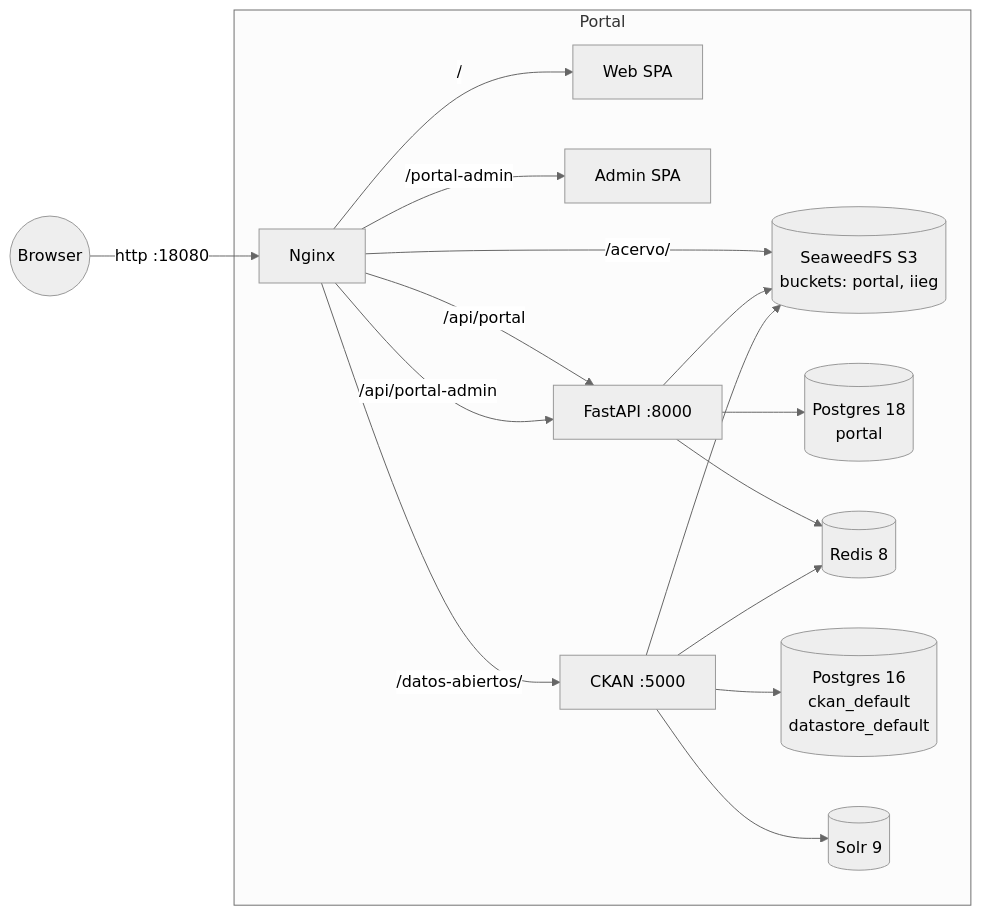
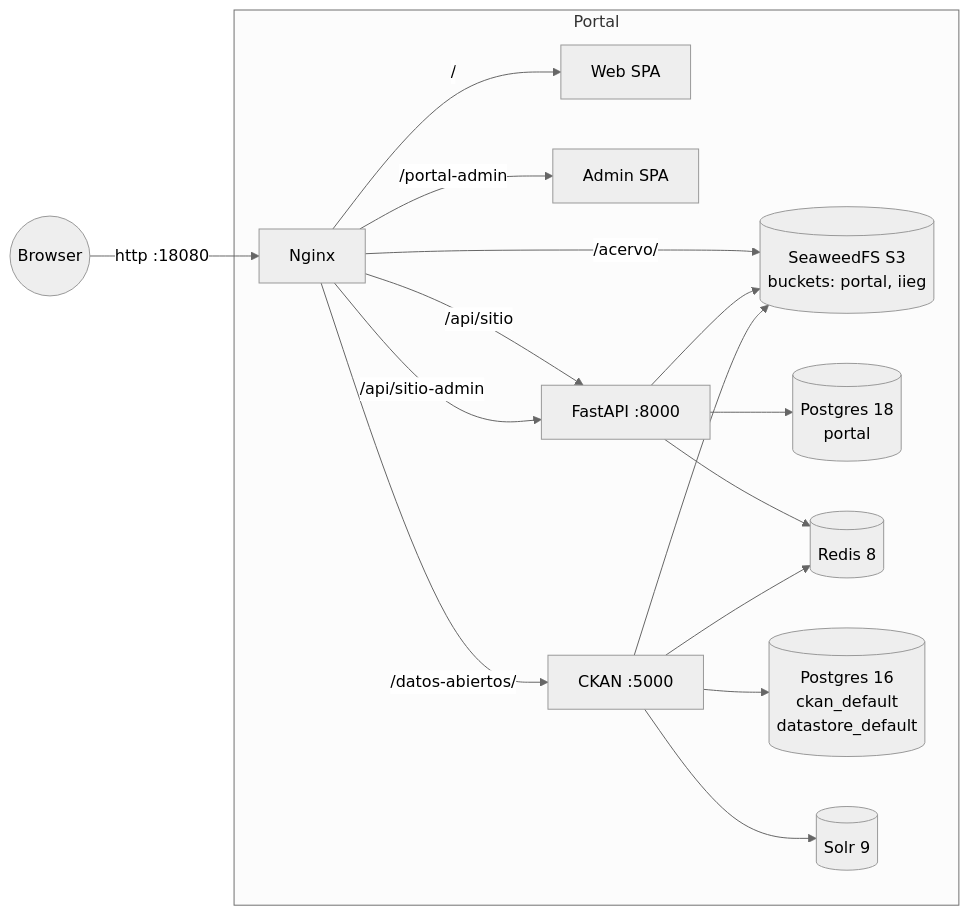
Before and after one commit to iieg-oficial/sitio2026: the diagram in docs/INFRAESTRUCTURA.md, drawn with Mermaid (neutral theme). The commit also changed other lines of this file and 17 other files, not shown here.

First line of the commit message:
fix(api): mueve el portal a /api/sitio y aisla su cookie de sesion

````diff
--- a/docs/INFRAESTRUCTURA.md
+++ b/docs/INFRAESTRUCTURA.md
@@ -70,21 +70,21 @@
 ```mermaid
 flowchart LR
     Browser((Browser)) -->|http :18080| Nginx
     subgraph Portal
         Nginx -->|/| Web[Web SPA]
         Nginx -->|/portal-admin| Admin[Admin SPA]
-        Nginx -->|/api/portal| API[FastAPI :8000]
-        Nginx -->|/api/portal-admin| API
+        Nginx -->|/api/sitio| API[FastAPI :8000]
+        Nginx -->|/api/sitio-admin| API
         Nginx -->|/datos-abiertos/| CKAN[CKAN :5000]
         Nginx -->|/acervo/| Acervo
 
         API --> PG_PORTAL[(Postgres 18<br/>portal)]
         API --> Redis[(Redis 8)]
         API --> Acervo[(SeaweedFS S3<br/>buckets: portal, iieg)]
 
         CKAN --> PG_CKAN[(Postgres 16<br/>ckan_default<br/>datastore_default)]
         CKAN --> Solr[(Solr 9)]
         CKAN --> Redis
         CKAN --> Acervo
     end
 ```
````
